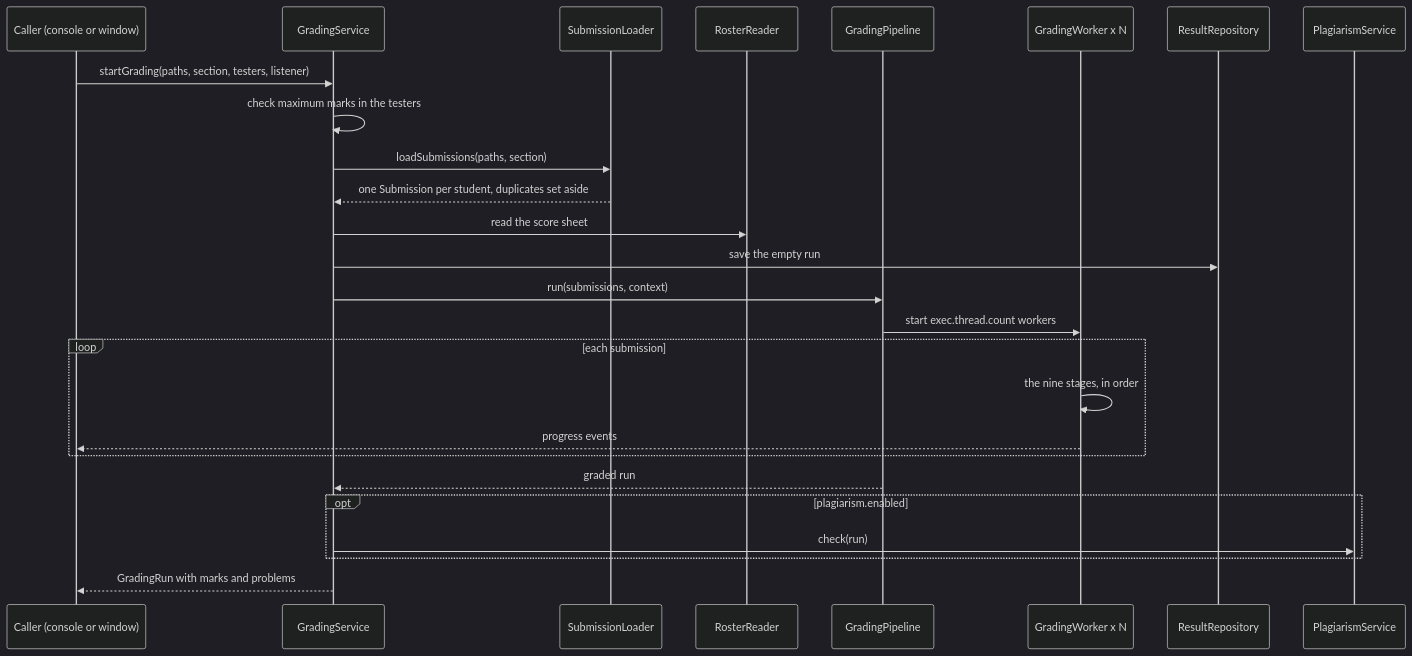
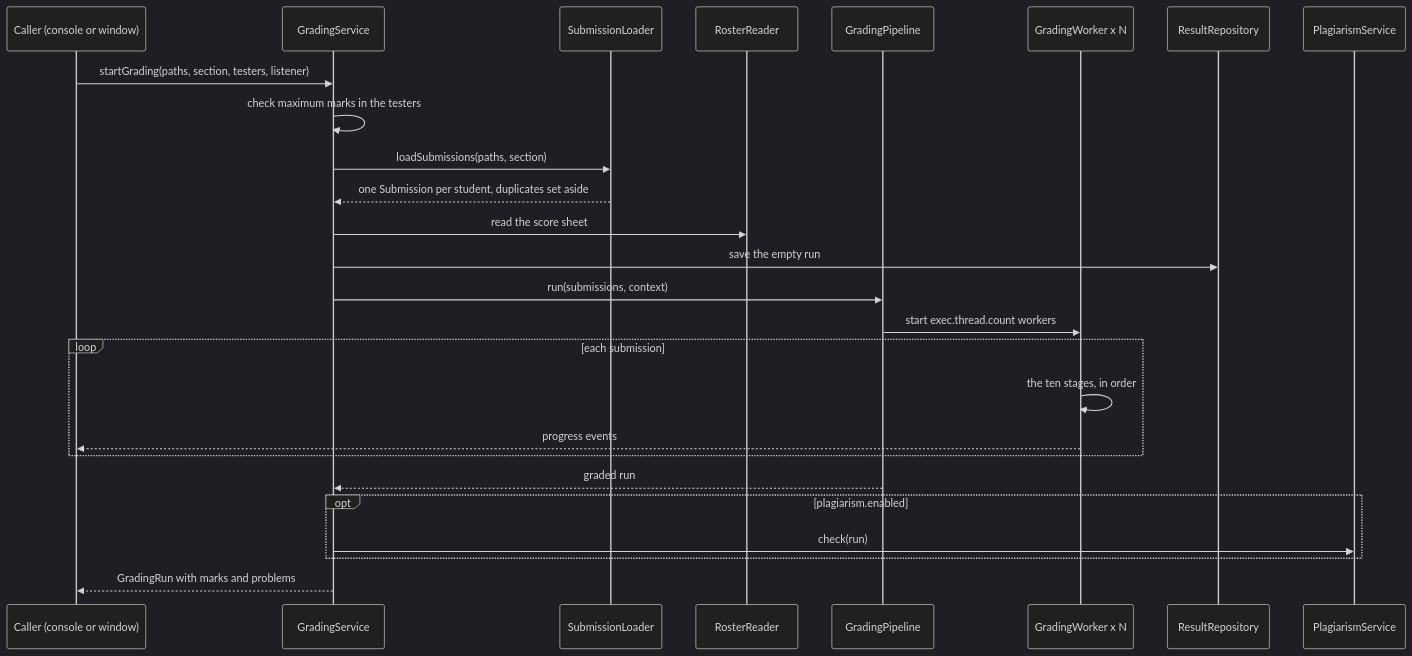
The third of 8 diagrams in README.md (damienlaww/GradeZZY), drawn with Mermaid (dark theme) before and after one commit. The commit also changed other lines of this file and 34 other files, not shown here.

````diff
--- a/README.md
+++ b/README.md
@@ -251,28 +258,28 @@
 ```mermaid
 sequenceDiagram
     participant C as Caller (console or window)
     participant GS as GradingService
     participant SL as SubmissionLoader
     participant RR as RosterReader
     participant GP as GradingPipeline
     participant W as GradingWorker x N
     participant DB as ResultRepository
     participant PL as PlagiarismService
     C->>GS: startGrading(paths, section, testers, listener)
     GS->>GS: check maximum marks in the testers
     GS->>SL: loadSubmissions(paths, section)
     SL-->>GS: one Submission per student, duplicates set aside
     GS->>RR: read the score sheet
     GS->>DB: save the empty run
     GS->>GP: run(submissions, context)
     GP->>W: start exec.thread.count workers
     loop each submission
-        W->>W: the nine stages, in order
+        W->>W: the ten stages, in order
         W-->>C: progress events
     end
     GP-->>GS: graded run
     opt plagiarism.enabled
         GS->>PL: check(run)
     end
     GS-->>C: GradingRun with marks and problems
 ```
````
